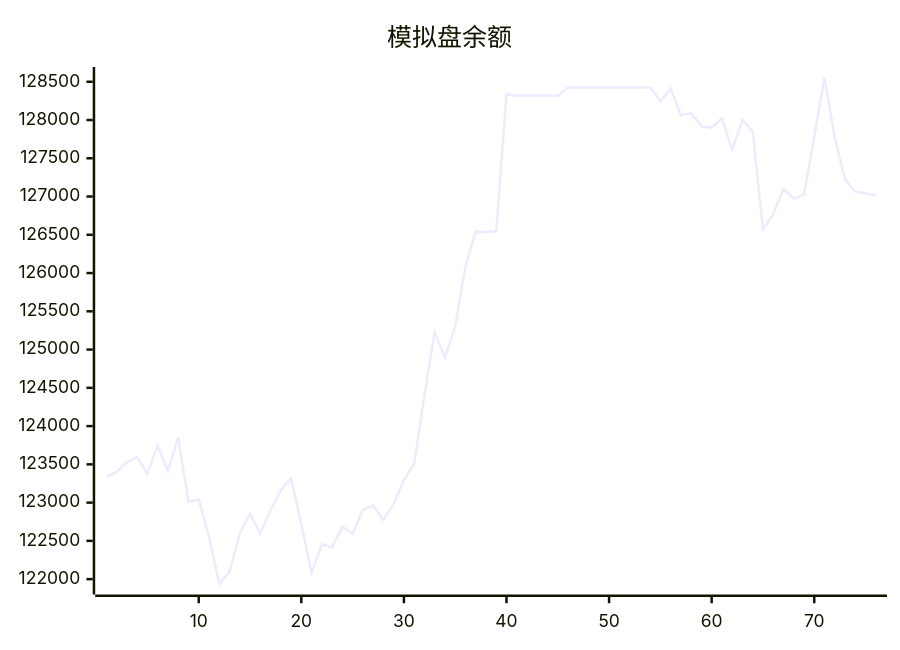
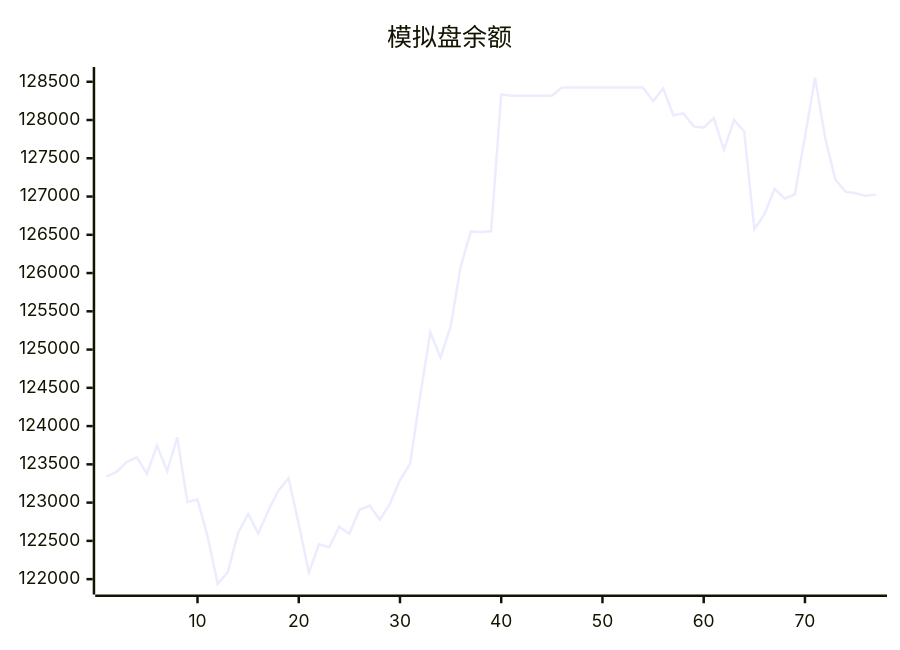
The diagram in trading/README.md (aahl/mcp-aktools), drawn with Mermaid before and after one commit. The commit also changed other lines of this file and 1 other file, not shown here.

````diff
--- a/trading/README.md
+++ b/trading/README.md
@@ -3,5 +3,5 @@
 ```mermaid
 xychart
     title "模拟盘余额"
-    line [123338,123402,123530,123592,123378,123745,123413,123853,123009,123040,122557,121938,122095,122599,122856,122597,122898,123160,123319,122719,122087,122454,122416,122685,122592,122907,122961,122776,122981,123295,123507,124403,125224,124894,125303,126088,126544,126534,126549,128335,128318,128318,128318,128318,128318,128424,128424,128424,128424,128424,128424,128424,128424,128424,128247,128412,128062,128087,127917,127901,128026,127611,128000,127850,126572,126770,127100,126971,127029,127783,128554,127765,127224,127064,127044,127009]
+    line [123338,123402,123530,123592,123378,123745,123413,123853,123009,123040,122557,121938,122095,122599,122856,122597,122898,123160,123319,122719,122087,122454,122416,122685,122592,122907,122961,122776,122981,123295,123507,124403,125224,124894,125303,126088,126544,126534,126549,128335,128318,128318,128318,128318,128318,128424,128424,128424,128424,128424,128424,128424,128424,128424,128247,128412,128062,128087,127917,127901,128026,127611,128000,127850,126572,126770,127100,126971,127029,127783,128554,127765,127224,127064,127044,127009,127025]
 ```
````
